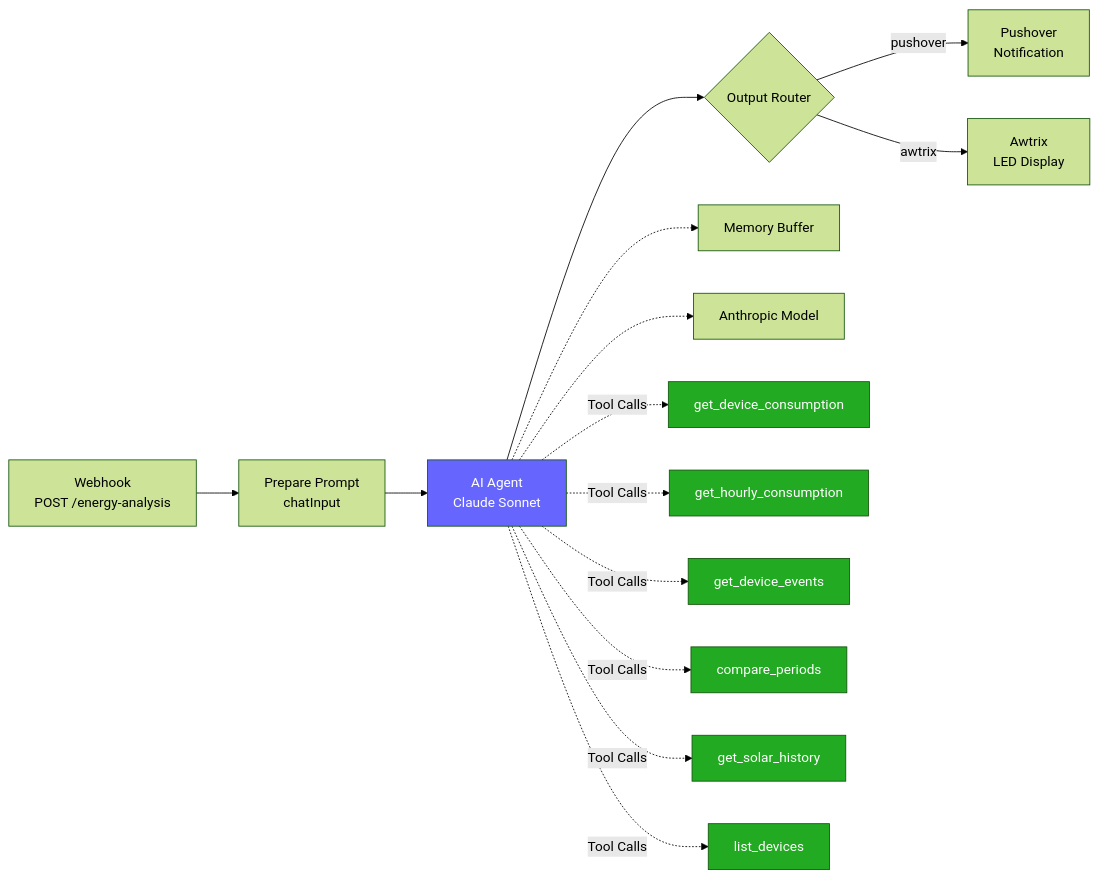
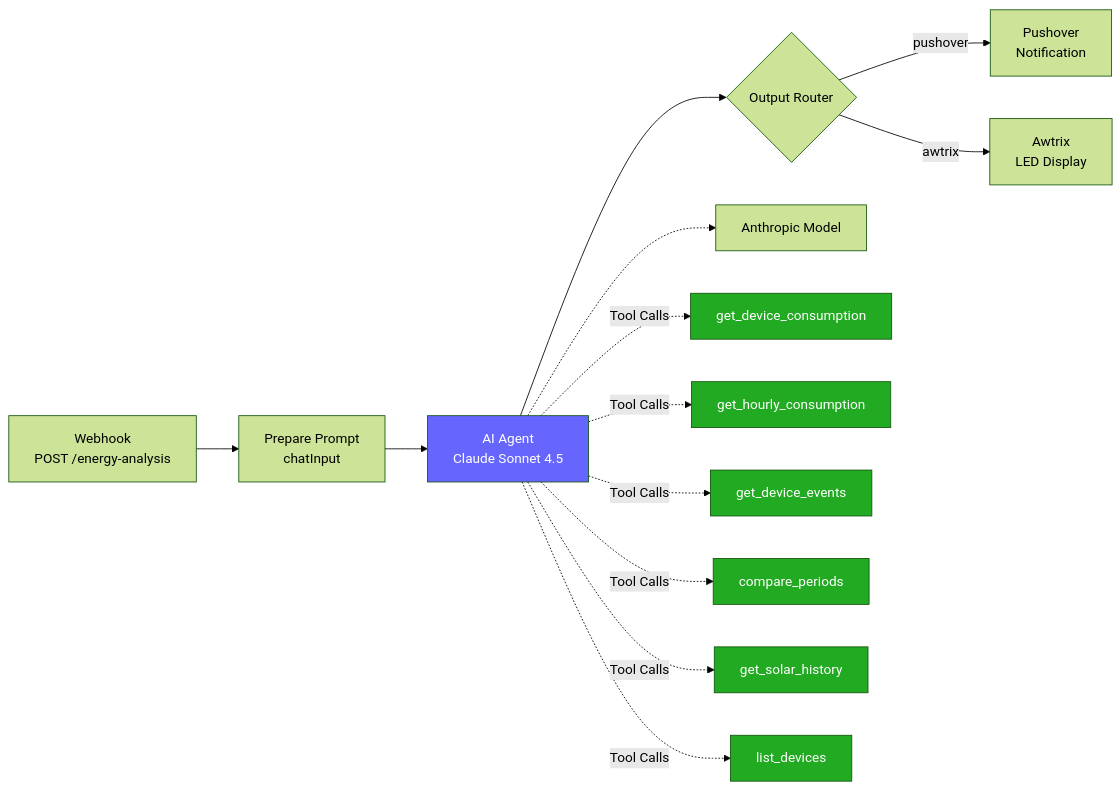
Before and after one commit to ElGarno/MyTapo: the diagram in doc/api_endpoints.md, drawn with Mermaid (forest theme). The commit also changed other lines of this file, not shown here.

First line of the commit message:
docs(api): remove outdated workflow diagram, update to current design

````diff
--- a/doc/api_endpoints.md
+++ b/doc/api_endpoints.md
@@ -108,24 +89,23 @@
 ```mermaid
 flowchart LR
     A[Webhook\nPOST /energy-analysis] --> C[Prepare Prompt\nchatInput]
-    C --> D[AI Agent\nClaude Sonnet]
+    C --> D[AI Agent\nClaude Sonnet 4.5]
     D --> E{Output Router}
     E -->|pushover| F[Pushover\nNotification]
     E -->|awtrix| G[Awtrix\nLED Display]
-    D -.-> H[Memory Buffer]
-    D -.-> I[Anthropic Model]
+    D -.-> H[Anthropic Model]
     D -.->|Tool Calls| T1[get_device_consumption]
     D -.->|Tool Calls| T2[get_hourly_consumption]
     D -.->|Tool Calls| T3[get_device_events]
     D -.->|Tool Calls| T4[compare_periods]
     D -.->|Tool Calls| T5[get_solar_history]
     D -.->|Tool Calls| T6[list_devices]
 
     style D fill:#66f,color:#fff
     style T1 fill:#2a2,color:#fff
     style T2 fill:#2a2,color:#fff
     style T3 fill:#2a2,color:#fff
     style T4 fill:#2a2,color:#fff
     style T5 fill:#2a2,color:#fff
     style T6 fill:#2a2,color:#fff
 ```
````
